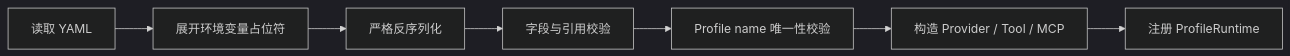
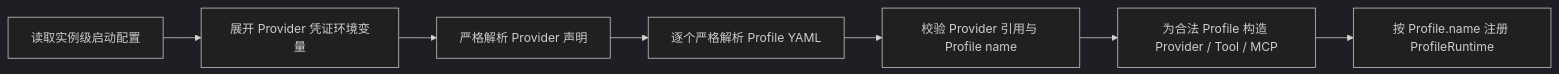
The fourth of 5 diagrams in docs/TechnicalSolution.md (Karlsk/oryxos-go), drawn with Mermaid (dark theme) before and after one commit. The commit also changed other lines of this file and 15 other files, not shown here.

````diff
--- a/docs/TechnicalSolution.md
+++ b/docs/TechnicalSolution.md
@@ -562,9 +598,9 @@
 ```mermaid
 flowchart LR
-    A["读取 YAML"] --> B["展开环境变量占位符"]
-    B --> C["严格反序列化"]
-    C --> D["字段与引用校验"]
-    D --> E["Profile name 唯一性校验"]
-    E --> F["构造 Provider / Tool / MCP"]
-    F --> G["注册 ProfileRuntime"]
+    A["读取实例级启动配置"] --> B["展开 Provider 凭证环境变量"]
+    B --> C["严格解析 Provider 声明"]
+    C --> D["逐个严格解析 Profile YAML"]
+    D --> E["校验 Provider 引用与 Profile name"]
+    E --> F["为合法 Profile 构造 Provider / Tool / MCP"]
+    F --> G["按 Profile.name 注册 ProfileRuntime"]
 ```
````
